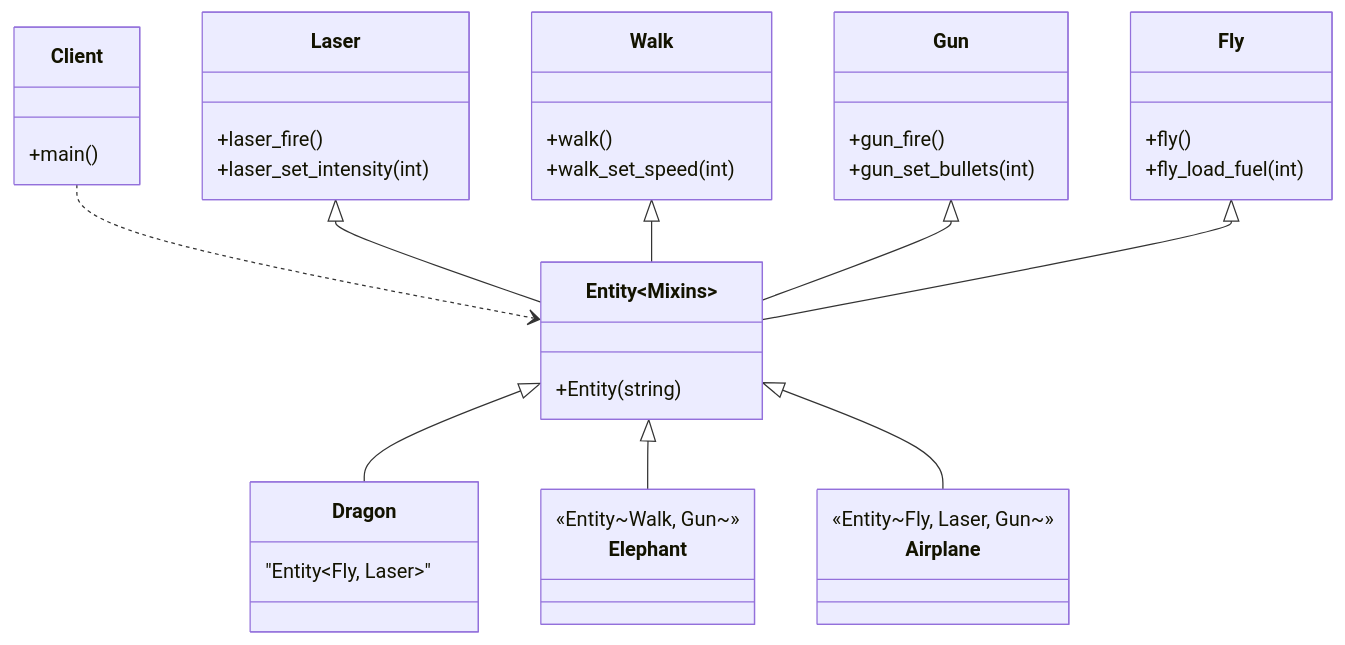
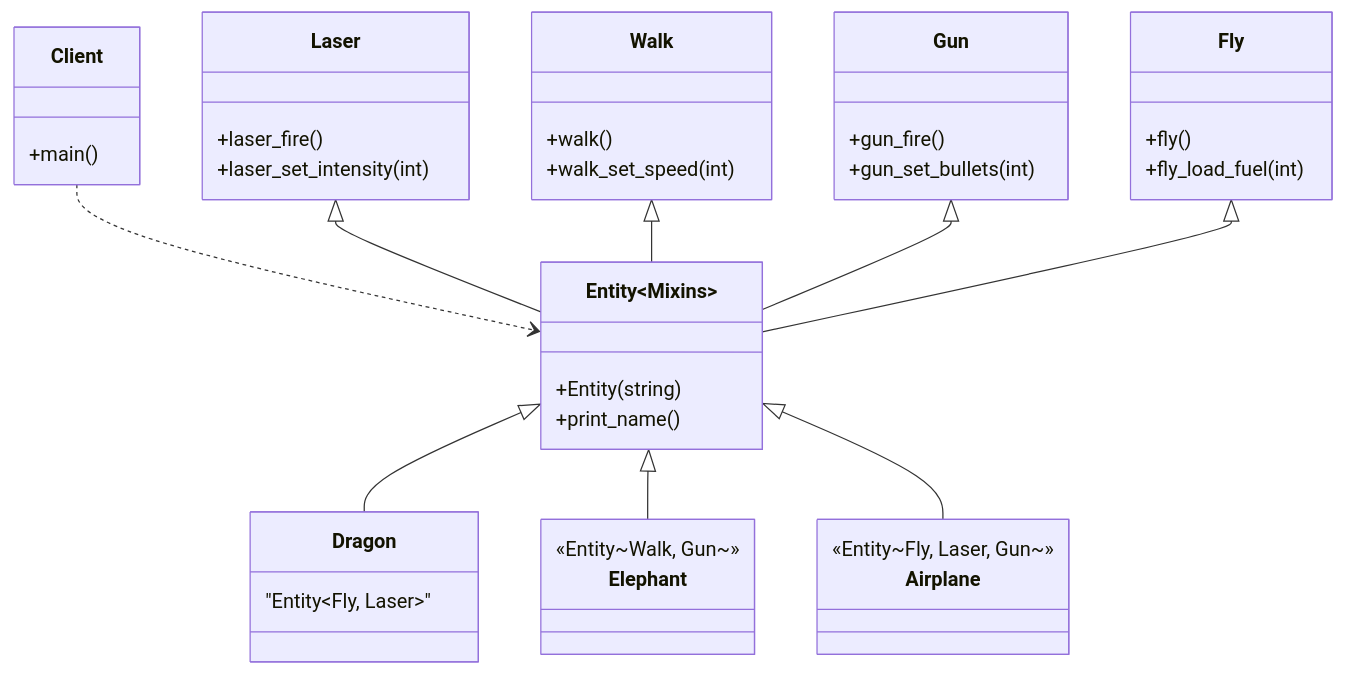
Before and after one commit to Cichlidfishexigency721/Modern-CPP-Design-Patterns: the diagram in 15_Mixin/01_Simple/diagram.md, drawn with Mermaid. The commit also changed 1 other file, not shown here.

Commit message:
UML improvement

````diff
--- a/15_Mixin/01_Simple/diagram.md
+++ b/15_Mixin/01_Simple/diagram.md
@@ -3,55 +3,56 @@
 ```mermaid
 classDiagram
 %%---------------------------------------------------------------------- Main:
    class Client {
       +main()
    }
 
 %%---------------------------------------------------- Features (Mixin Parts):
    class Laser {
       +laser_fire()
       +laser_set_intensity(int)
    }
 
    class Walk {
       +walk()
       +walk_set_speed(int)
    }
 
    class Gun {
       +gun_fire()
       +gun_set_bullets(int)
    }
 
    class Fly {
       +fly()
       +fly_load_fuel(int)
    }
 
 %%--------------------------------------------------------------------- Entity:
    class Entity~Mixins~ {
       +Entity(string)
+      +print_name()
    }
 
 %%------------------------------------------------------------ Mixin Entities:
    %% Mixin entities defined by type aliases in the code
    class Dragon { "Entity~Fly, Laser~" }
    class Elephant { <<Entity~Walk, Gun~>> }
    class Airplane { <<Entity~Fly, Laser, Gun~>> }
 
 %%----------------------------------------------------------- UML Composition:
    %% The client has an Entity<Mixins>>
    Client ..> Entity~Mixins~
 
    %% Multiple Inheritance (Horizontal Composition)
    %% Inheritance arrows do not use multiplicity numbers
    Laser <|-- Entity~Mixins~
    Walk <|-- Entity~Mixins~
    Gun <|-- Entity~Mixins~
    Fly <|-- Entity~Mixins~
 
    %% Relationships for specific types
    Entity~Mixins~ <|-- Dragon
    Entity~Mixins~ <|-- Elephant
    Entity~Mixins~ <|-- Airplane
 ```
````
